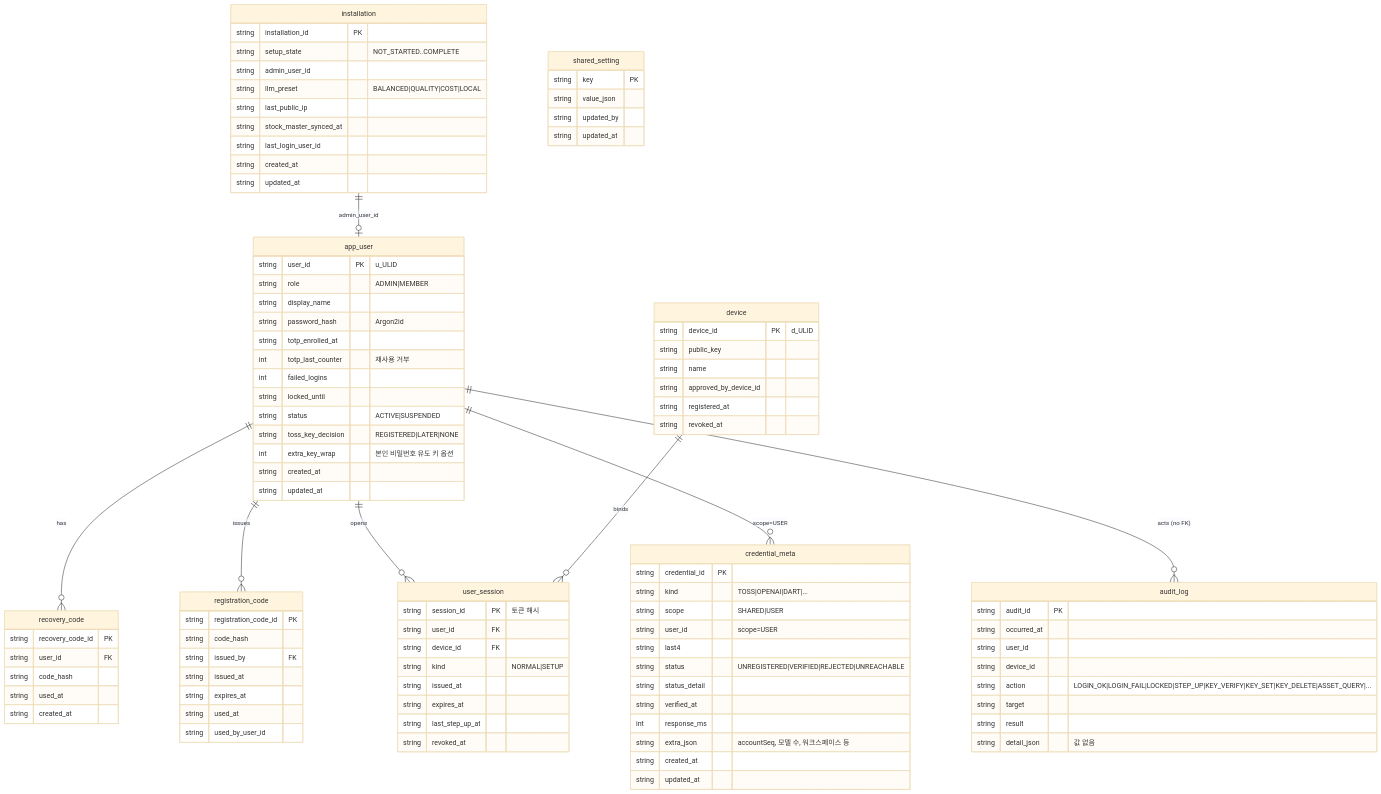
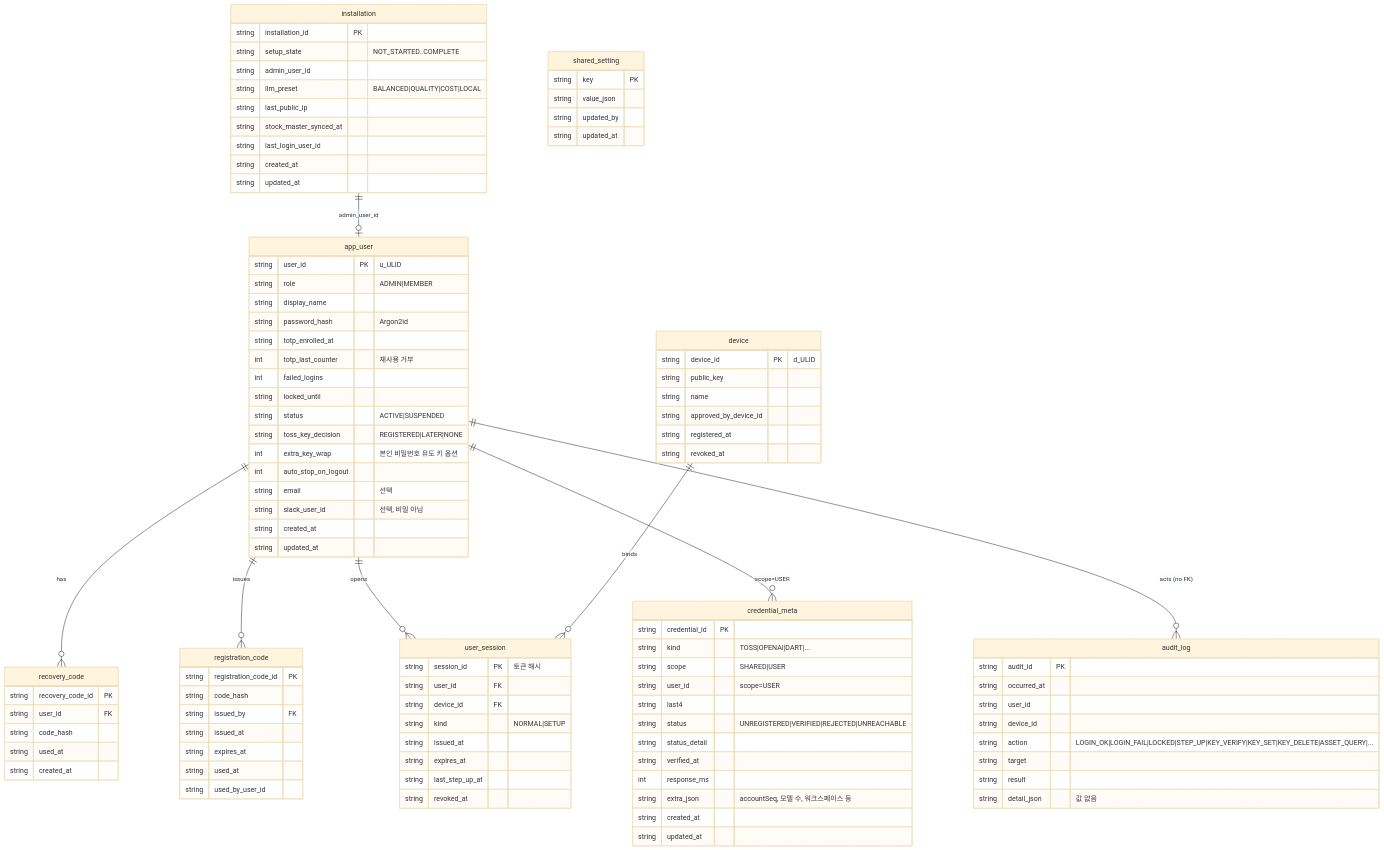
The first of 8 diagrams in docs/DB_SCHEMA.md (lyvius2/stockholm), drawn with Mermaid (base theme) before and after one commit. The commit also changed other lines of this file and 13 other files, not shown here.

```diff
--- a/docs/DB_SCHEMA.md
+++ b/docs/DB_SCHEMA.md
@@ -143,6 +143,9 @@
     string status "ACTIVE|SUSPENDED"
     string toss_key_decision "REGISTERED|LATER|NONE"
     int extra_key_wrap "본인 비밀번호 유도 키 옵션"
+    int auto_stop_on_logout
+    string email "선택"
+    string slack_user_id "선택, 비밀 아님"
     string created_at
     string updated_at
   }
```
